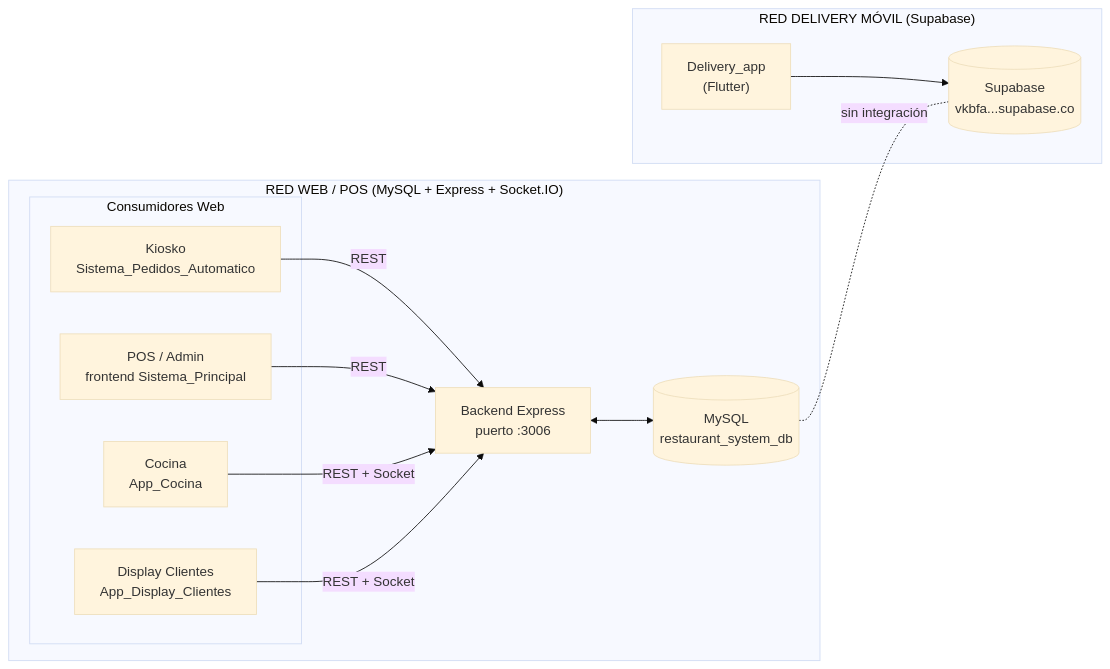
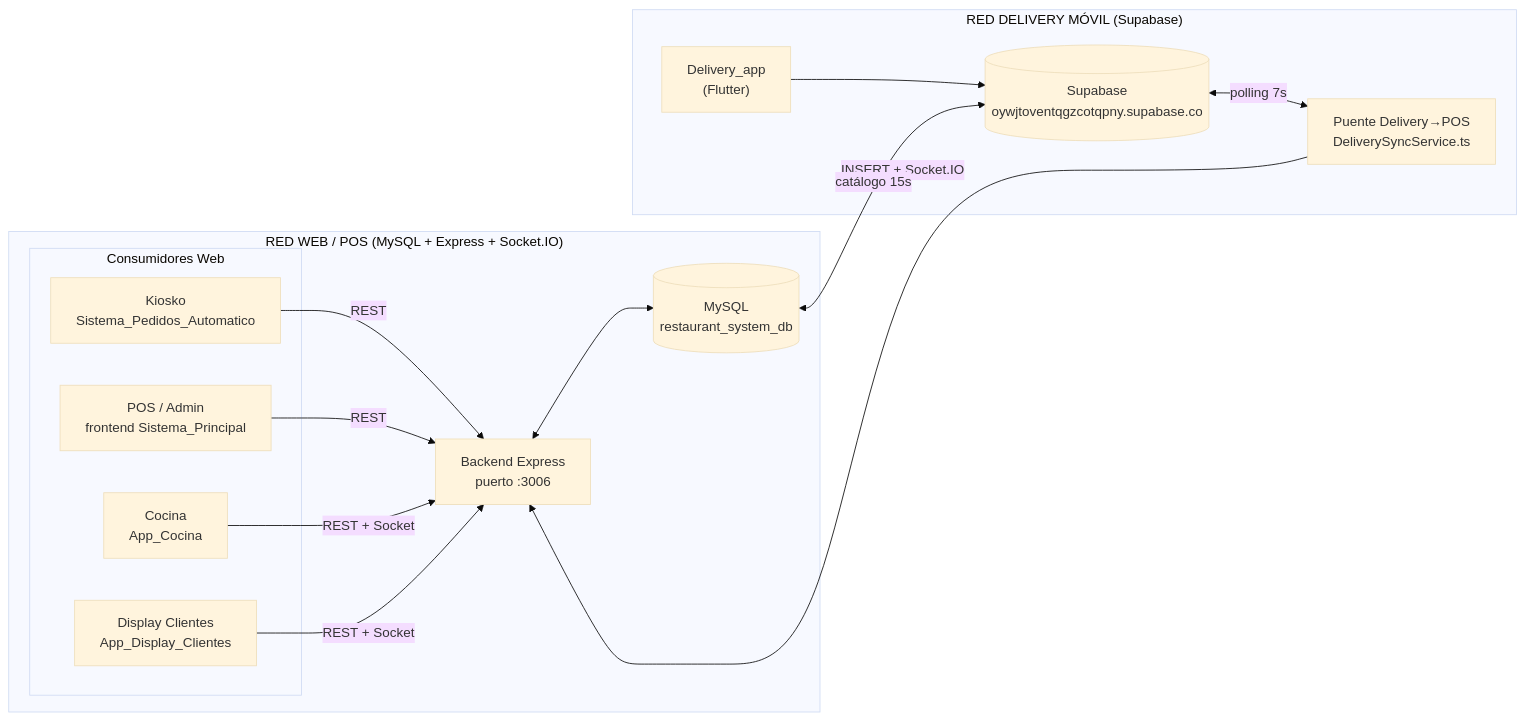
The first of 2 diagrams in ARQUITECTURA_SISTEMA.md (Llawar/Restaurante_Paccioli_2), drawn with Mermaid (base theme) before and after one commit. The commit also changed other lines of this file and 11 other files, not shown here.

Commit message:
docs: actualizar MDs con integración Delivery↔POS, IP auto-detectada, moneda Bs y nuevo splash

````diff
--- a/ARQUITECTURA_SISTEMA.md
+++ b/ARQUITECTURA_SISTEMA.md
@@ -12,28 +12,30 @@
 ```mermaid
 flowchart LR
     subgraph RedA["RED WEB / POS  (MySQL + Express + Socket.IO)"]
         subgraph Clientes[Consumidores Web]
             KH[Kiosko<br/>Sistema_Pedidos_Automatico]
             CO["Cocina<br/>App_Cocina"]
             DI["Display Clientes<br/>App_Display_Clientes"]
             PO["POS / Admin<br/>frontend Sistema_Principal"]
         end
         API[Backend Express<br/>puerto :3006]
         DB[(MySQL<br/>restaurant_system_db)]
     end
 
     subgraph RedB["RED DELIVERY MÓVIL  (Supabase)"]
         FL["Delivery_app<br/>(Flutter)"]
-        SB[(Supabase<br/>vkbfa...supabase.co)]
+        SB[(Supabase<br/>oywjtoventqgzcotqpny.supabase.co)]
+        PU["Puente Delivery→POS<br/>DeliverySyncService.ts"]
     end
 
     KH -->|REST| API
     PO -->|REST| API
     API <--> DB
     CO -->|REST + Socket| API
     DI -->|REST + Socket| API
 
     FL --> SB
-
-    DB -. "sin integración" .- SB
+    SB <-->|polling 7s| PU
+    PU -->|INSERT + Socket.IO| API
+    DB <-->|catálogo 15s| SB
 ```
````
